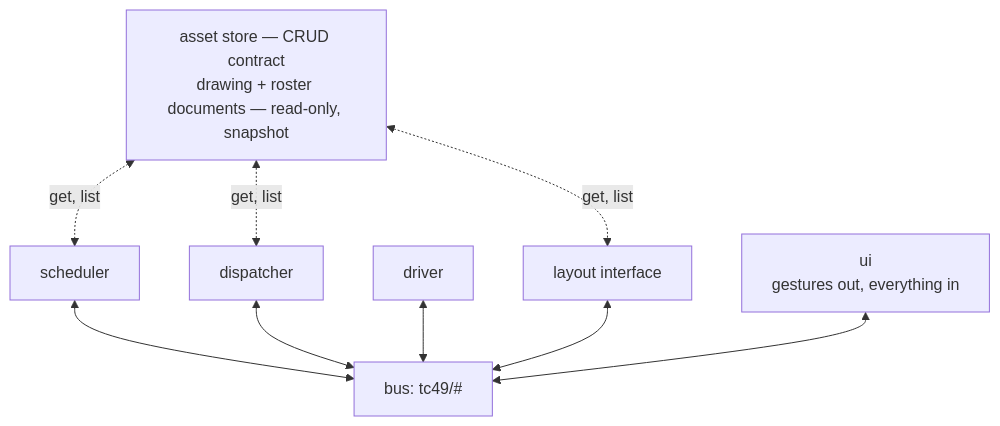
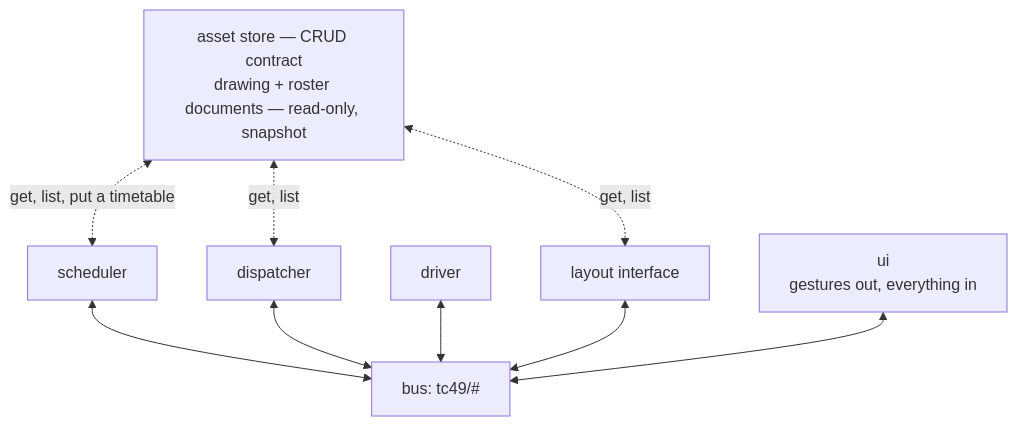
The diagram in docs/SYSTEM.md (rails49/control), drawn with Mermaid before and after one commit. The commit also changed other lines of this file and 2 other files, not shown here.

First line of the commit message:
docs: BUS, SYSTEM and GOALS say how the scheduler records a timetable (#1352)

````diff
--- a/docs/SYSTEM.md
+++ b/docs/SYSTEM.md
@@ -42,20 +42,20 @@
 ```mermaid
 flowchart TB
     store["asset store — CRUD contract<br>drawing + roster documents — read-only, snapshot"]
     scheduler["scheduler"]
     dispatcher["dispatcher"]
     driver["driver"]
     layout["layout interface"]
     bus["bus: tc49/#"]
     ui["ui<br>gestures out, everything in"]
 
-    store <-.->|"get, list"| scheduler
+    store <-.->|"get, list, put a timetable"| scheduler
     store <-.->|"get, list"| dispatcher
     store <-.->|"get, list"| layout
 
     scheduler <--> bus
     dispatcher <--> bus
     driver <--> bus
     layout <--> bus
     ui <--> bus
 ```
````
